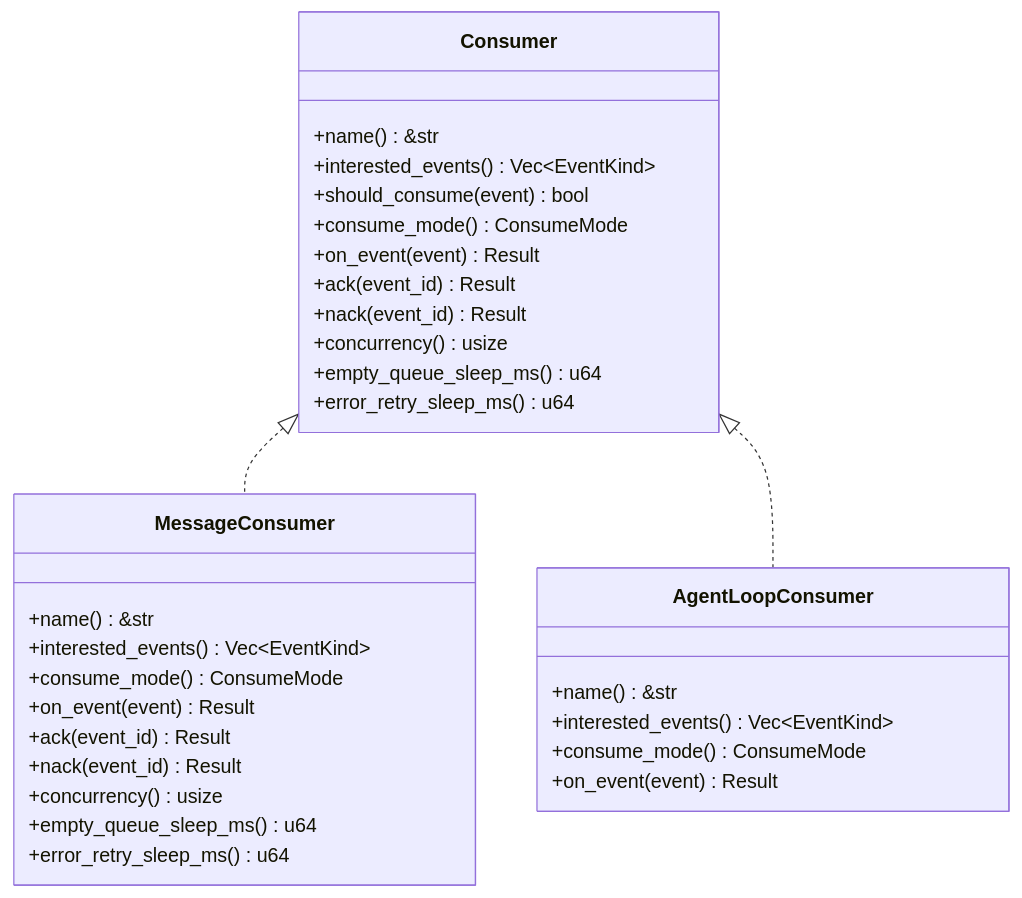
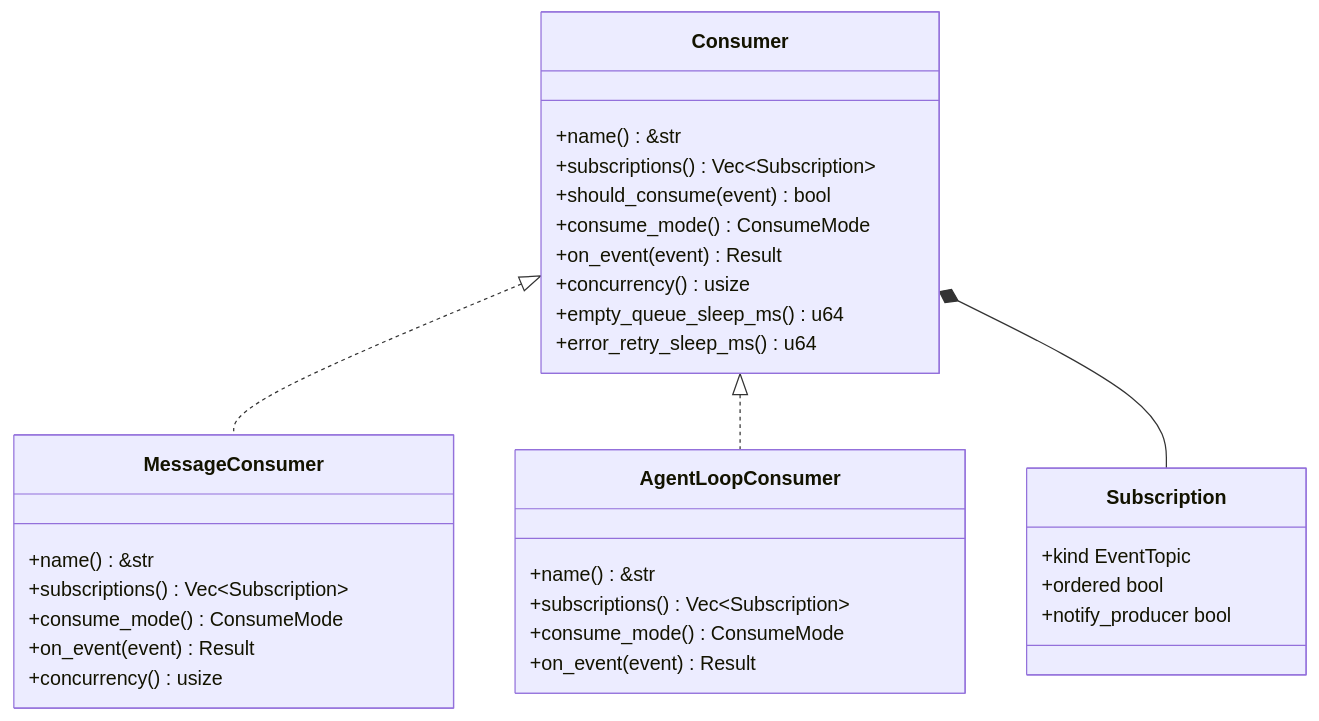
The fourth of 7 diagrams in docs/wiki/zh/content/基础设施/AOP 事件系统/AOP 核心架构/生产者消费者模式.md (runningcoders/ai_orz), drawn with Mermaid before and after one commit. The commit also changed other lines of this file and 37 other files, not shown here.

````diff
--- a/docs/wiki/zh/content/基础设施/AOP 事件系统/AOP 核心架构/生产者消费者模式.md
+++ b/docs/wiki/zh/content/基础设施/AOP 事件系统/AOP 核心架构/生产者消费者模式.md
@@ -161,34 +195,34 @@
 ```mermaid
 classDiagram
 class Consumer {
 +name() &str
-+interested_events() Vec~EventKind~
++subscriptions() Vec~Subscription~
 +should_consume(event) bool
 +consume_mode() ConsumeMode
 +on_event(event) Result
-+ack(event_id) Result
-+nack(event_id) Result
 +concurrency() usize
 +empty_queue_sleep_ms() u64
 +error_retry_sleep_ms() u64
 }
+class Subscription {
++kind EventTopic
++ordered bool
++notify_producer bool
+}
 class MessageConsumer {
 +name() &str
-+interested_events() Vec~EventKind~
++subscriptions() Vec~Subscription~
 +consume_mode() ConsumeMode
 +on_event(event) Result
-+ack(event_id) Result
-+nack(event_id) Result
 +concurrency() usize
-+empty_queue_sleep_ms() u64
-+error_retry_sleep_ms() u64
 }
 class AgentLoopConsumer {
 +name() &str
-+interested_events() Vec~EventKind~
++subscriptions() Vec~Subscription~
 +consume_mode() ConsumeMode
 +on_event(event) Result
 }
 Consumer <|.. MessageConsumer
 Consumer <|.. AgentLoopConsumer
+Consumer *-- Subscription
 ```
````
